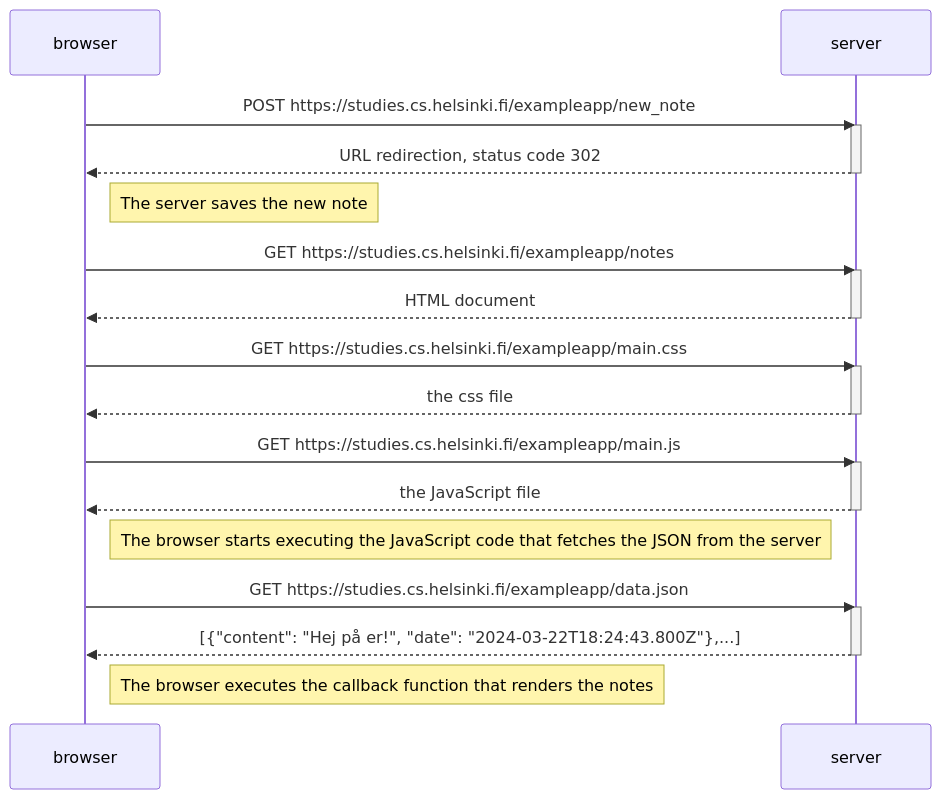
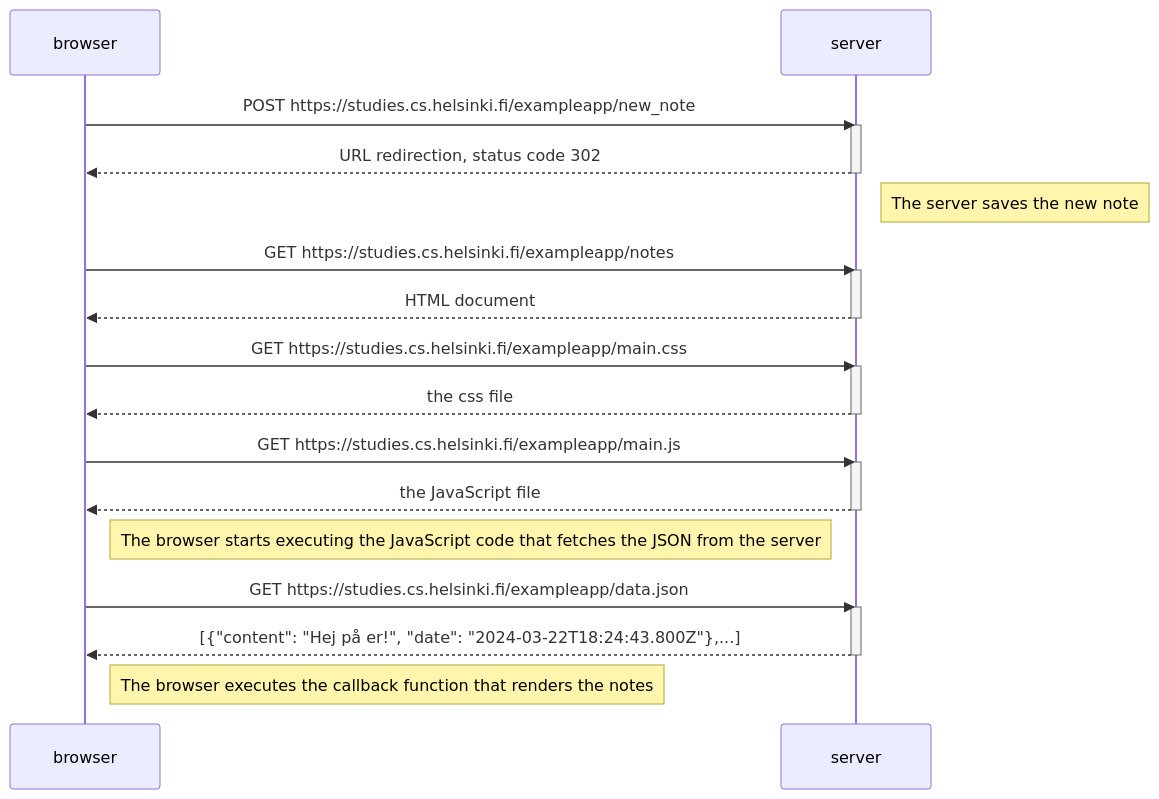
Before and after one commit to randoomeri/fullstack: the diagram in osa0/0.4 uusi muistiinpano.md, drawn with Mermaid.

Commit message:
Update 0.4 uusi muistiinpano.md

````diff
--- a/osa0/0.4 uusi muistiinpano.md
+++ b/osa0/0.4 uusi muistiinpano.md
@@ -1,36 +1,36 @@
 ```mermaid
 sequenceDiagram
     participant browser
     participant server
     
     browser->>server: POST https://studies.cs.helsinki.fi/exampleapp/new_note
     activate server
     server-->>browser: URL redirection, status code 302
     deactivate server
 
-    Note right of browser: The server saves the new note
+    Note right of server: The server saves the new note
     
     browser->>server: GET https://studies.cs.helsinki.fi/exampleapp/notes
     activate server
     server-->>browser: HTML document
     deactivate server
     
     browser->>server: GET https://studies.cs.helsinki.fi/exampleapp/main.css
     activate server
     server-->>browser: the css file
     deactivate server
     
     browser->>server: GET https://studies.cs.helsinki.fi/exampleapp/main.js
     activate server
     server-->>browser: the JavaScript file
     deactivate server
 
     Note right of browser: The browser starts executing the JavaScript code that fetches the JSON from the server
 
     browser->>server: GET https://studies.cs.helsinki.fi/exampleapp/data.json
     activate server
     server-->>browser: [{"content": "Hej på er!", "date": "2024-03-22T18:24:43.800Z"},...]
     deactivate server    
 
     Note right of browser: The browser executes the callback function that renders the notes
 ```
````
